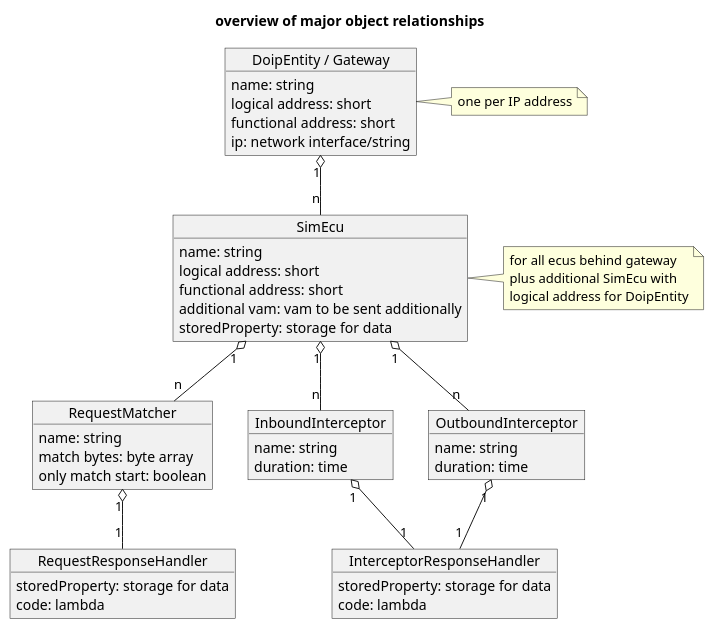
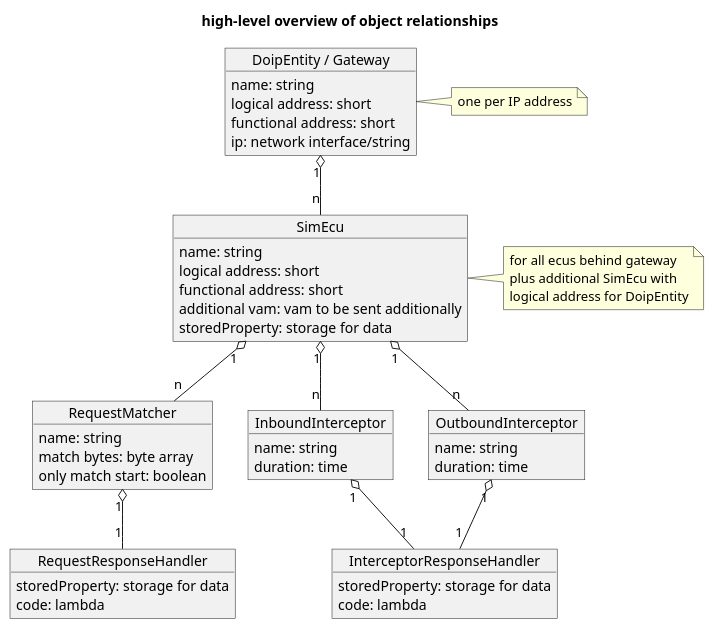
The diagram in docs/object_relationship_overview.puml (doip-sim-ecu/doip-sim-ecu-dsl), drawn with PlantUML before and after one commit.

Commit message:
better title

```diff
--- a/docs/object_relationship_overview.puml
+++ b/docs/object_relationship_overview.puml
@@ -1,66 +1,66 @@
 @startuml
 
-title overview of major object relationships
+title high-level overview of object relationships
 
 object "DoipEntity / Gateway" as DoipEntity
 object SimEcu
 object RequestMatcher
 object RequestResponseHandler
 object InboundInterceptor
 object OutboundInterceptor
 object InterceptorResponseHandler
 
 note right of DoipEntity : one per IP address
 note right of SimEcu : for all ecus behind gateway\nplus additional SimEcu with\nlogical address for DoipEntity
 
 object DoipEntity {
     name: string
     logical address: short
     functional address: short
     ip: network interface/string
 }
 
 object SimEcu {
     name: string
     logical address: short
     functional address: short
     additional vam: vam to be sent additionally
     storedProperty: storage for data
 }
 
 object RequestMatcher {
     name: string
     match bytes: byte array
     only match start: boolean
 }
 
 object InboundInterceptor {
     name: string
     duration: time
 }
 
 object OutboundInterceptor {
     name: string
     duration: time
 }
 
 object RequestResponseHandler {
     storedProperty: storage for data
     code: lambda
 }
 
 object InterceptorResponseHandler {
     storedProperty: storage for data
     code: lambda
 }
 
 DoipEntity "1" o-- "n" SimEcu
 SimEcu "1" o-- "n" InboundInterceptor
 SimEcu "1" o-- "n" RequestMatcher
 RequestMatcher "1" o-- "1" RequestResponseHandler
 SimEcu "1" o-- "n" OutboundInterceptor
 
 InboundInterceptor "1" o-- "1" InterceptorResponseHandler
 OutboundInterceptor "1" o-- "1" InterceptorResponseHandler
 
 @enduml
```
